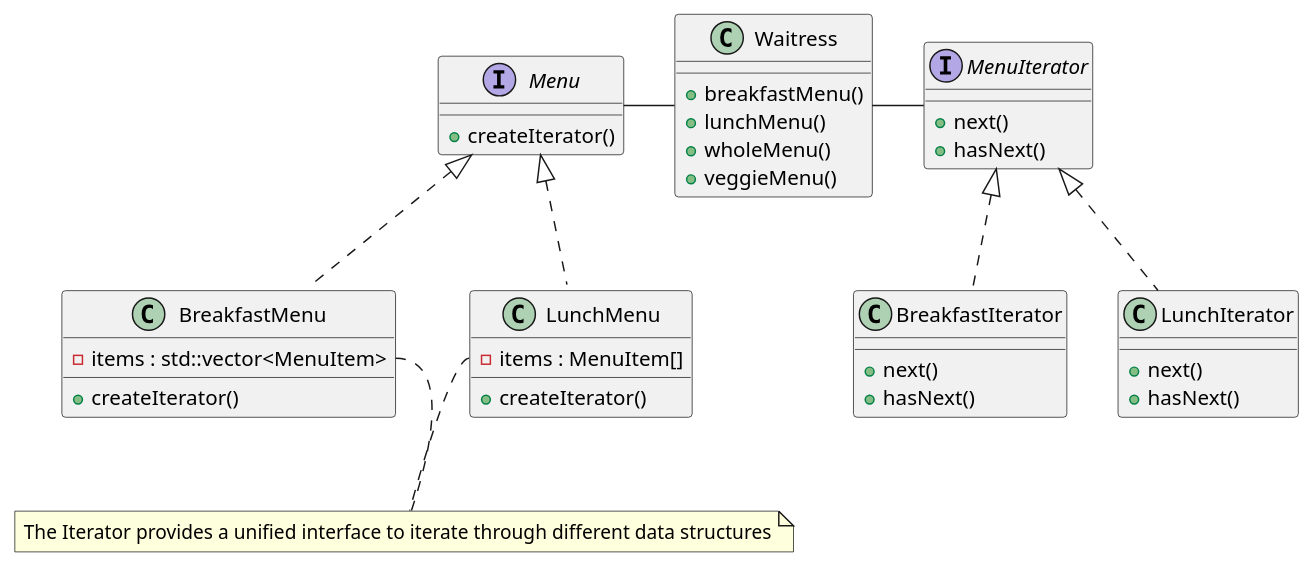
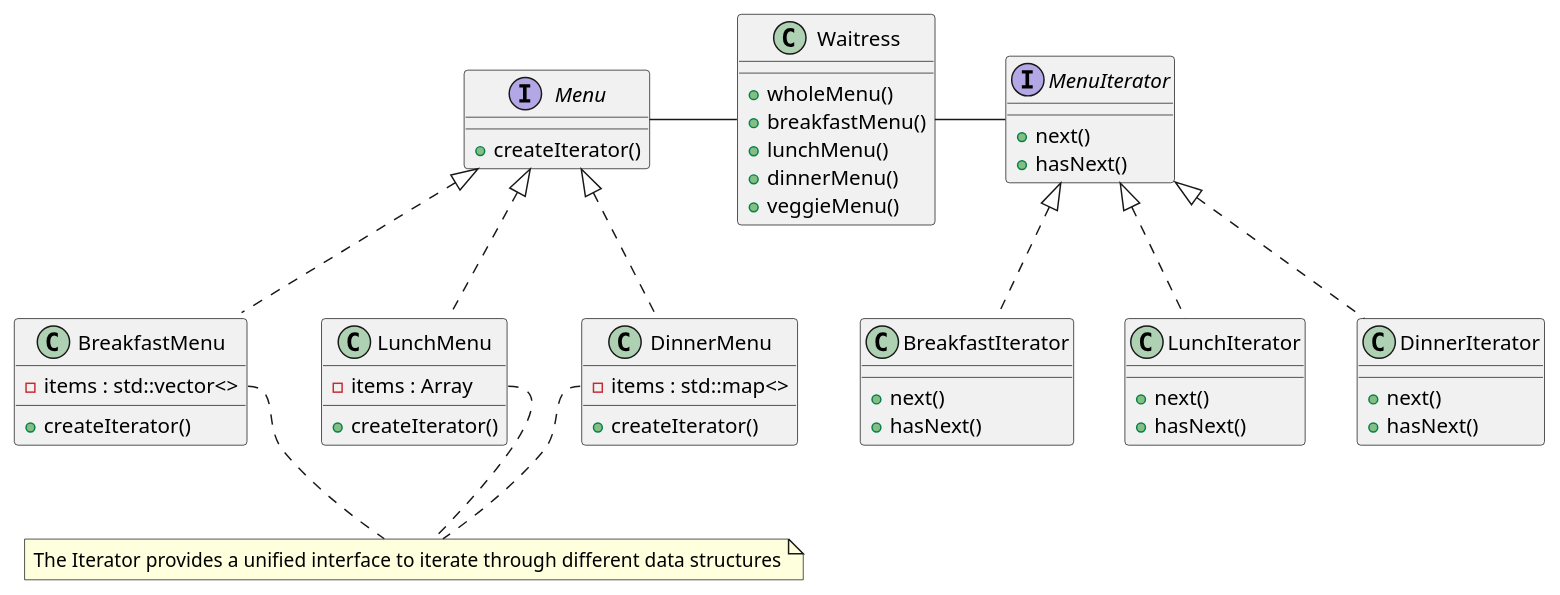
Before and after one commit to alesgenova/design-patterns: the diagram in 09_iterator_pattern/README.md, drawn with PlantUML. The commit also changed 8 other files, not shown here.

````diff
--- a/09_iterator_pattern/README.md
+++ b/09_iterator_pattern/README.md
@@ -8,61 +7,74 @@
 ```plantuml
 @startuml
 
 
 Interface Menu{
   + createIterator()
 }
 
 Class BreakfastMenu{
   + createIterator()
-  - items : std::vector<MenuItem>
+  - items : std::vector<>
 }
 
 Class LunchMenu{
   + createIterator()
-  - items : MenuItem[]
+  - items : Array
+}
+
+Class DinnerMenu{
+  + createIterator()
+  - items : std::map<>
 }
 
 
 Interface MenuIterator{
   + next()
   + hasNext()
 }
 
 Class BreakfastIterator{
   + next()
   + hasNext()
 }
 
 Class LunchIterator{
   + next()
   + hasNext()
 }
 
+Class DinnerIterator{
+  + next()
+  + hasNext()
+}
+
 
 Class Waitress{
+  + wholeMenu()
   + breakfastMenu()
   + lunchMenu()
-  + wholeMenu()
+  + dinnerMenu()
   + veggieMenu()
 }
 
 
 Menu -right- Waitress
 Waitress -right- MenuIterator
 
 
 Menu <|..  BreakfastMenu 
 Menu <|..  LunchMenu
+Menu <|..  DinnerMenu
 
 MenuIterator <|..  BreakfastIterator 
 MenuIterator <|..  LunchIterator
+MenuIterator <|..  DinnerIterator
 
 
 note "The Iterator provides a unified interface to iterate through different data structures" as N0
 BreakfastMenu::items .. N0
 LunchMenu::items .. N0
-
+DinnerMenu::items .. N0
 
 @enduml
 ```
````
